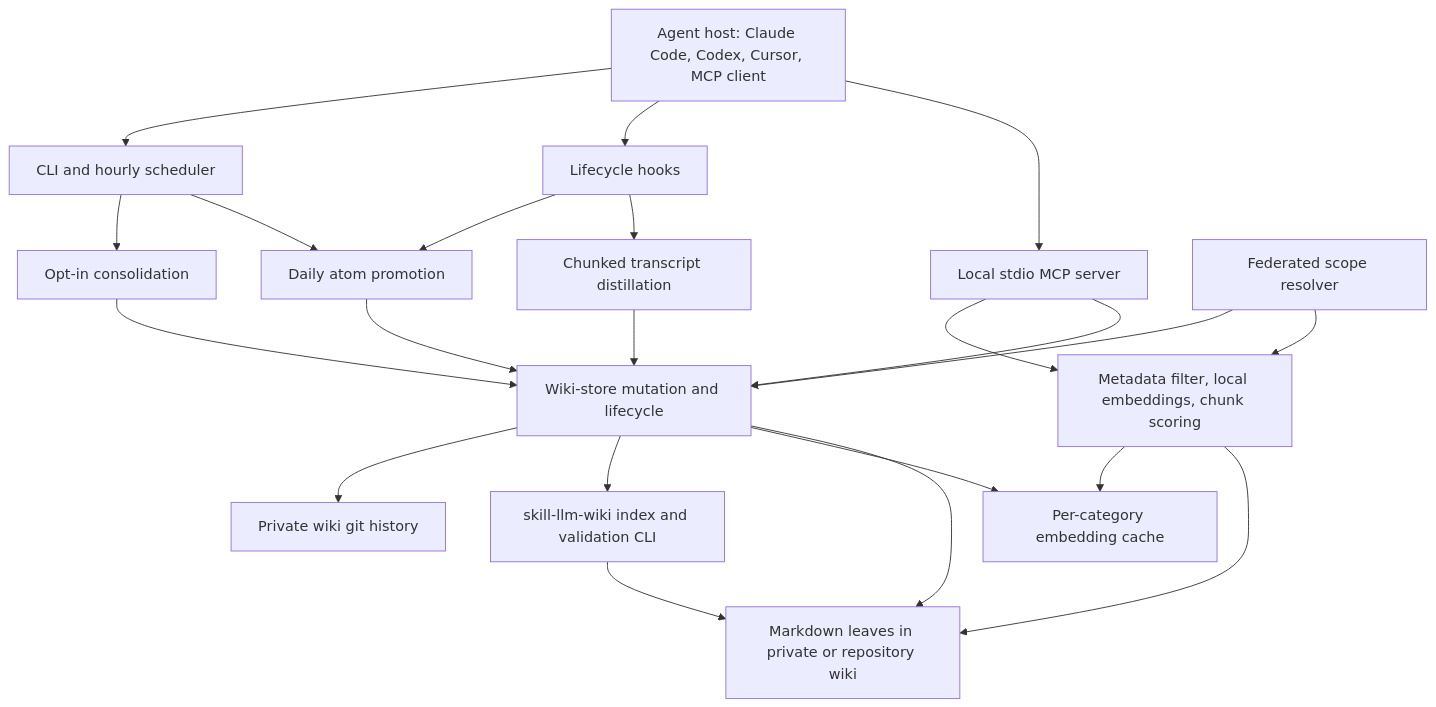
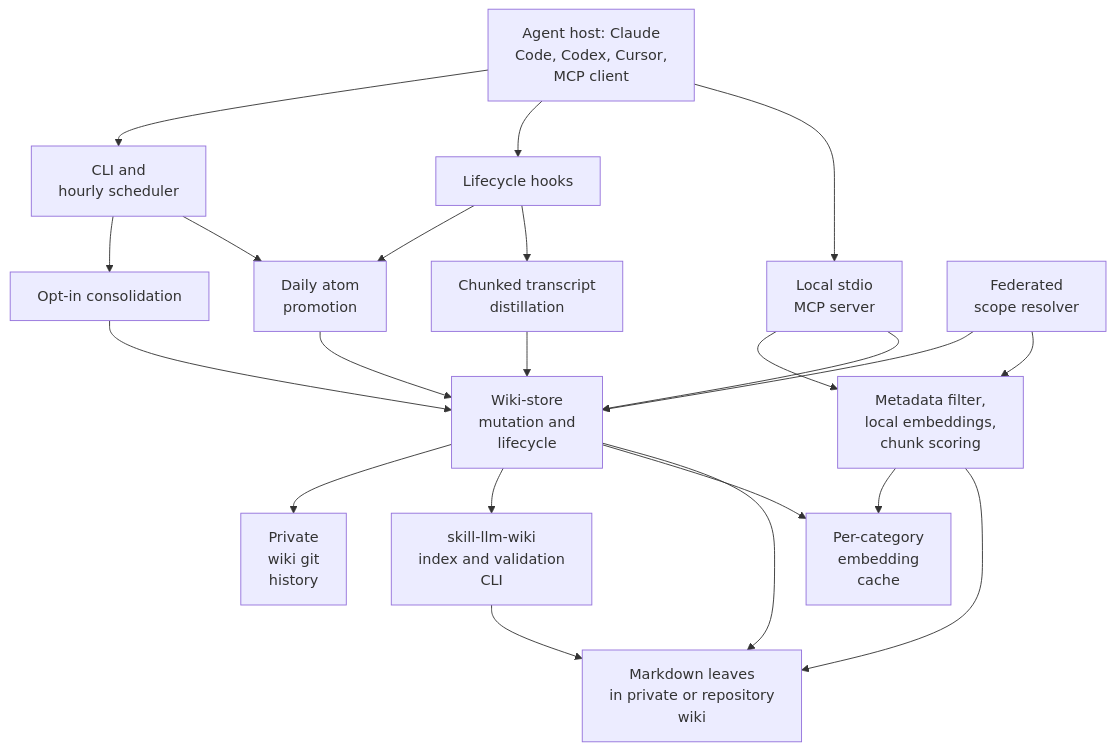
Before and after one commit to neoneye/agent-memory-atlas: the diagram in content/systems/llm-wiki-memory.md, drawn with Mermaid. The commit also changed 99 other files, not shown here.

First line of the commit message:
Reshape the remaining 49 diagrams so their labels are legible

````diff
--- a/content/systems/llm-wiki-memory.md
+++ b/content/systems/llm-wiki-memory.md
@@ -58,35 +58,35 @@
 ```mermaid
 flowchart TD
-    Host["Agent host: Claude Code, Codex, Cursor, MCP client"]
+    Host["Agent host: Claude<br/>Code, Codex, Cursor,<br/>MCP client"]
     Hooks["Lifecycle hooks"]
-    MCP["Local stdio MCP server"]
-    CLI["CLI and hourly scheduler"]
-    Flush["Chunked transcript distillation"]
-    Compile["Daily atom promotion"]
+    MCP["Local stdio<br/>MCP server"]
+    CLI["CLI and<br/>hourly scheduler"]
+    Flush["Chunked transcript<br/>distillation"]
+    Compile["Daily atom<br/>promotion"]
     Consolidate["Opt-in consolidation"]
-    Store["Wiki-store mutation and lifecycle"]
-    Search["Metadata filter, local embeddings, chunk scoring"]
-    Context["Federated scope resolver"]
-    Wiki["Markdown leaves in private or repository wiki"]
-    Index["skill-llm-wiki index and validation CLI"]
-    Cache["Per-category embedding cache"]
-    Git["Private wiki git history"]
+    Store["Wiki-store<br/>mutation and<br/>lifecycle"]
+    Search["Metadata filter,<br/>local embeddings,<br/>chunk scoring"]
+    Context["Federated<br/>scope resolver"]
+    Wiki["Markdown leaves<br/>in private or repository<br/>wiki"]
+    Index["skill-llm-wiki<br/>index and validation<br/>CLI"]
+    Cache["Per-category<br/>embedding<br/>cache"]
+    Git["Private<br/>wiki git<br/>history"]
 
     Host --> MCP
     Host --> Hooks
     Host --> CLI
     Hooks --> Flush --> Store
     Hooks --> Compile
     CLI --> Compile --> Store
     CLI --> Consolidate --> Store
     MCP --> Store
     MCP --> Search
     Context --> Search
     Context --> Store
     Search --> Wiki
     Search --> Cache
     Store --> Wiki
     Store --> Cache
     Store --> Index --> Wiki
     Store --> Git
 ```
````
